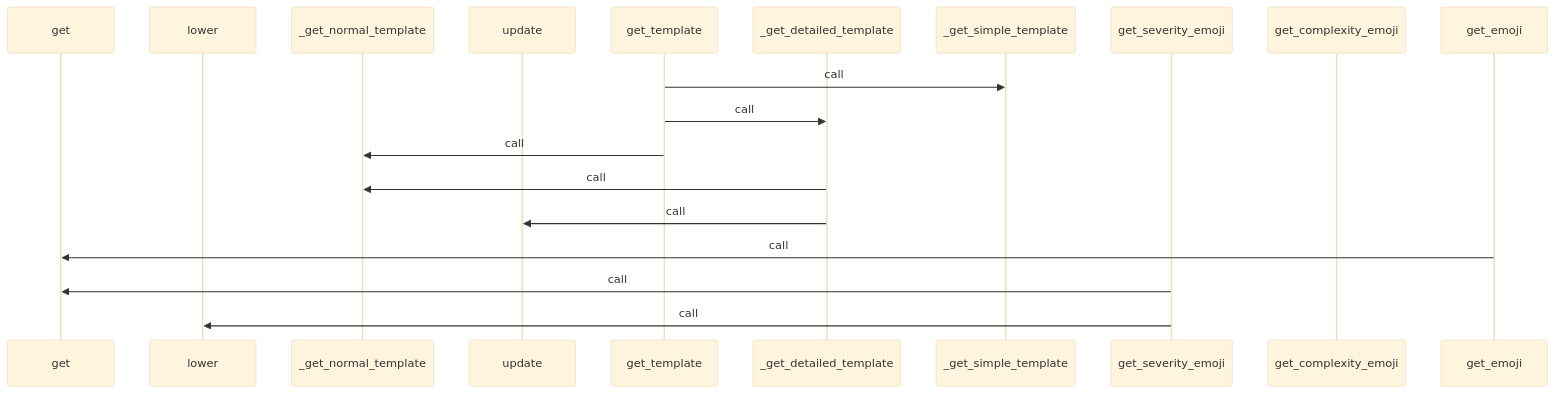
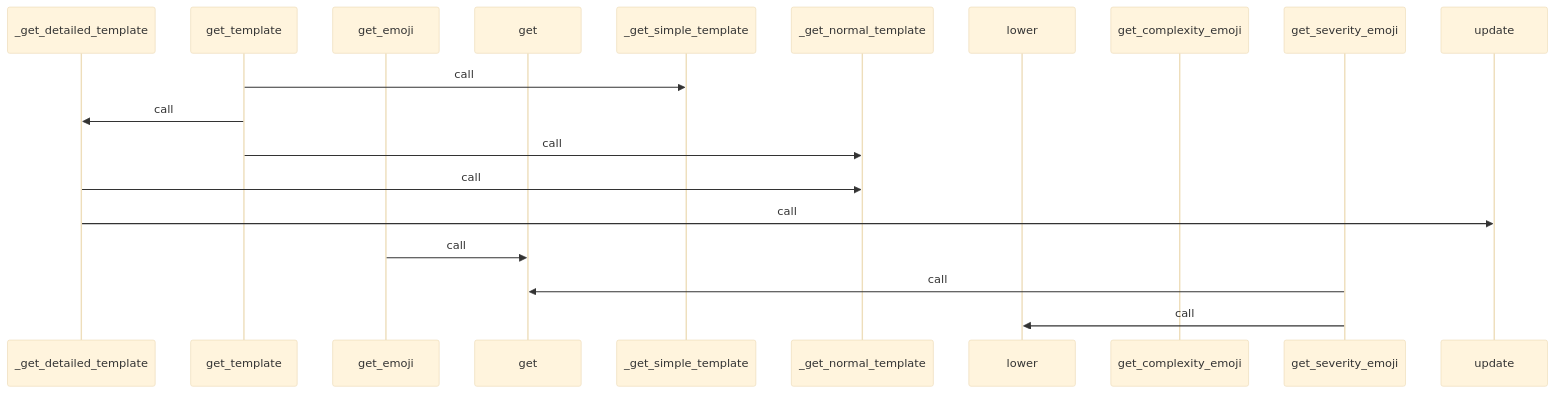
One commit to yeonjae-personal/codemuse-backend changed the third of 4 diagrams in generated_docs/rule_analyzer/formatters/templates/english_templates.md. Above: the diagram before and after it, drawn with Mermaid (base theme). The commit also changed other lines of this file and 3378 other files, not shown here.

````diff
--- a/generated_docs/rule_analyzer/formatters/templates/english_templates.md
+++ b/generated_docs/rule_analyzer/formatters/templates/english_templates.md
@@ -183,21 +183,21 @@
 ```mermaid
 sequenceDiagram
+  participant _get_detailed_template as _get_detailed_template
+  participant get_template as get_template
+  participant get_emoji as get_emoji
   participant get as get
+  participant _get_simple_template as _get_simple_template
+  participant _get_normal_template as _get_normal_template
   participant lower as lower
-  participant _get_normal_template as _get_normal_template
+  participant get_complexity_emoji as get_complexity_emoji
+  participant get_severity_emoji as get_severity_emoji
   participant update as update
-  participant get_template as get_template
-  participant _get_detailed_template as _get_detailed_template
-  participant _get_simple_template as _get_simple_template
-  participant get_severity_emoji as get_severity_emoji
-  participant get_complexity_emoji as get_complexity_emoji
-  participant get_emoji as get_emoji
   get_template->>_get_simple_template: call
   get_template->>_get_detailed_template: call
   get_template->>_get_normal_template: call
   _get_detailed_template->>_get_normal_template: call
   _get_detailed_template->>update: call
   get_emoji->>get: call
   get_severity_emoji->>get: call
   get_severity_emoji->>lower: call
 ```
````
